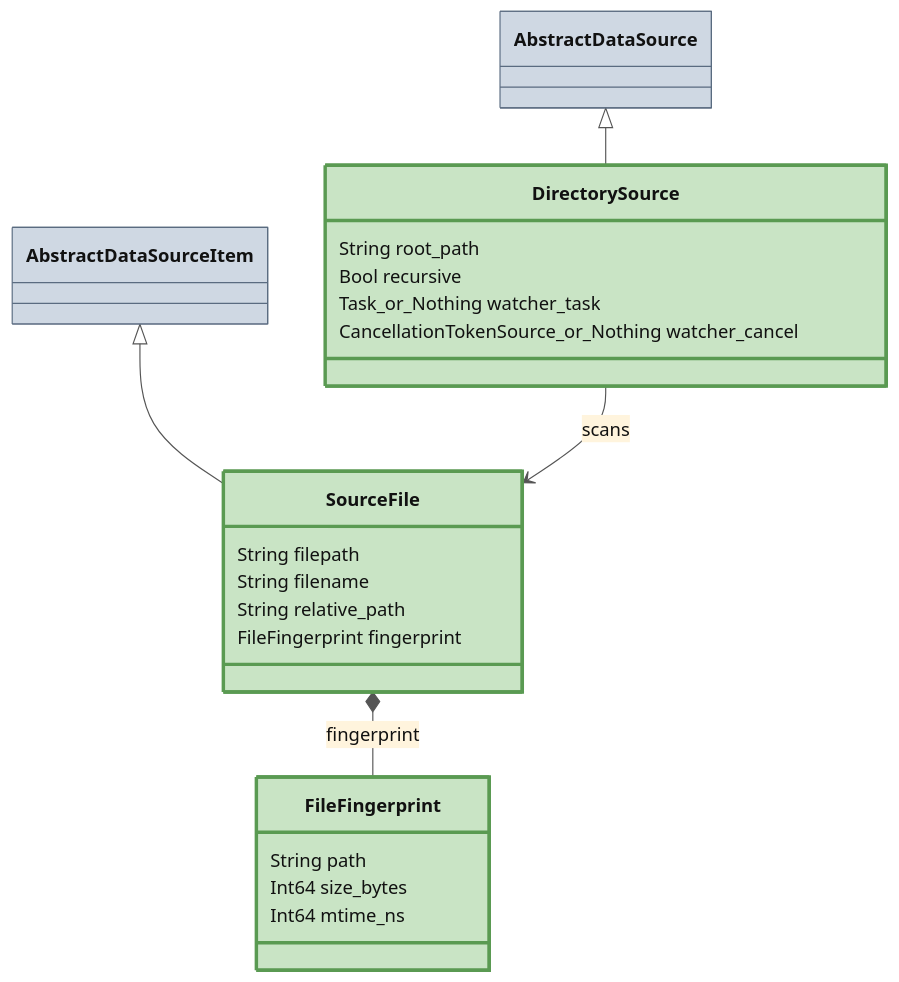
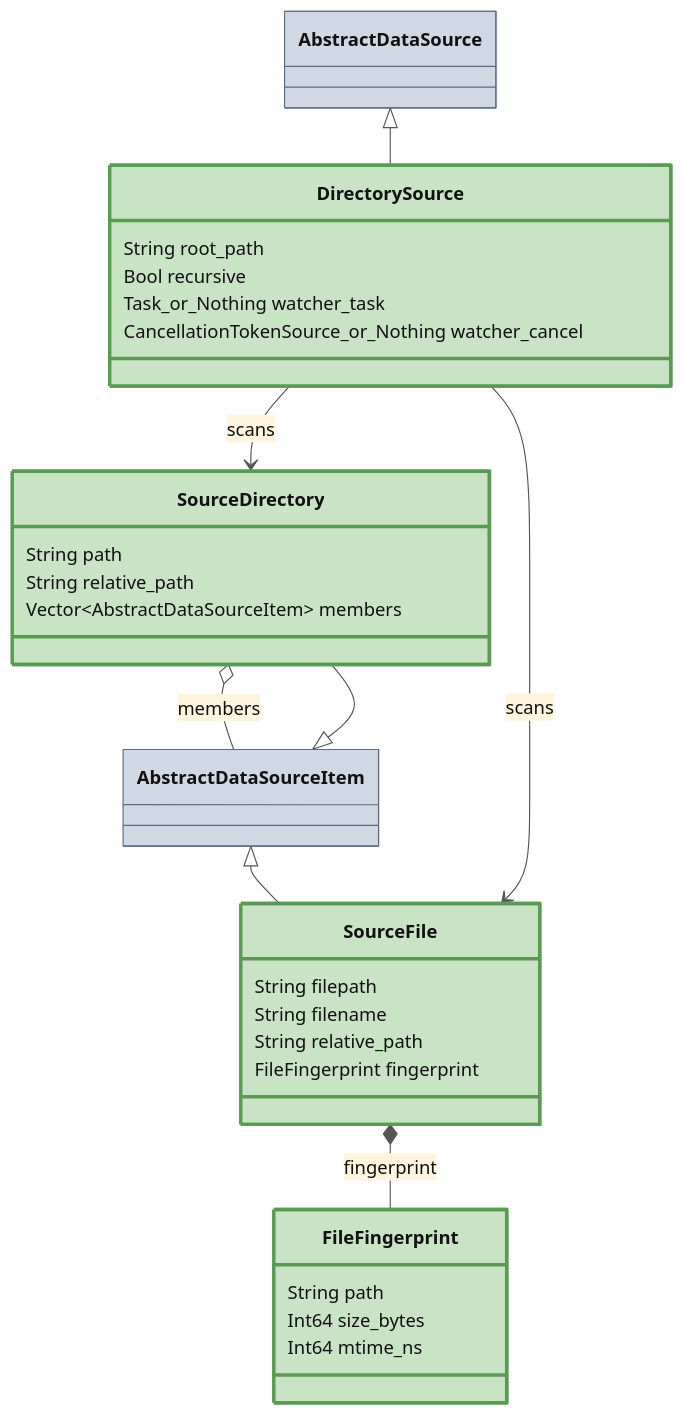
One commit to digiefel/DataBrowser changed the fourth of 5 diagrams in docs/ARCHITECTURE.md. Above: the diagram before and after it, drawn with Mermaid. The commit also changed other lines of this file and 8 other files, not shown here.

First line of the commit message:
Add groups to the type API; folders of a directory source are groups

````diff
--- a/docs/ARCHITECTURE.md
+++ b/docs/ARCHITECTURE.md
@@ -258,36 +258,45 @@
 ```mermaid
 %%{init: {'theme':'base','themeVariables':{'textColor':'#111','lineColor':'#555'}}}%%
 classDiagram
     direction TB
     class AbstractDataSource
     class AbstractDataSourceItem
 
     class DirectorySource {
         String root_path
         Bool recursive
         Task_or_Nothing watcher_task
         CancellationTokenSource_or_Nothing watcher_cancel
     }
     class SourceFile {
         String filepath
         String filename
         String relative_path
         FileFingerprint fingerprint
     }
     class FileFingerprint {
         String path
         Int64 size_bytes
         Int64 mtime_ns
     }
+    class SourceDirectory {
+        String path
+        String relative_path
+        Vector~AbstractDataSourceItem~ members
+    }
 
     AbstractDataSource <|-- DirectorySource
     AbstractDataSourceItem <|-- SourceFile
+    AbstractDataSourceItem <|-- SourceDirectory
     DirectorySource --> SourceFile : scans
+    DirectorySource --> SourceDirectory : scans
     SourceFile *-- FileFingerprint : fingerprint
+    SourceDirectory o-- AbstractDataSourceItem : members
 
     style AbstractDataSource fill:#cfd8e3,stroke:#5a6b80,stroke-width:1px,color:#111
     style AbstractDataSourceItem fill:#cfd8e3,stroke:#5a6b80,stroke-width:1px,color:#111
     style DirectorySource fill:#c9e4c5,stroke:#5a9a52,stroke-width:3px,color:#111
     style SourceFile fill:#c9e4c5,stroke:#5a9a52,stroke-width:3px,color:#111
     style FileFingerprint fill:#c9e4c5,stroke:#5a9a52,stroke-width:3px,color:#111
+    style SourceDirectory fill:#c9e4c5,stroke:#5a9a52,stroke-width:3px,color:#111
 ```
````
